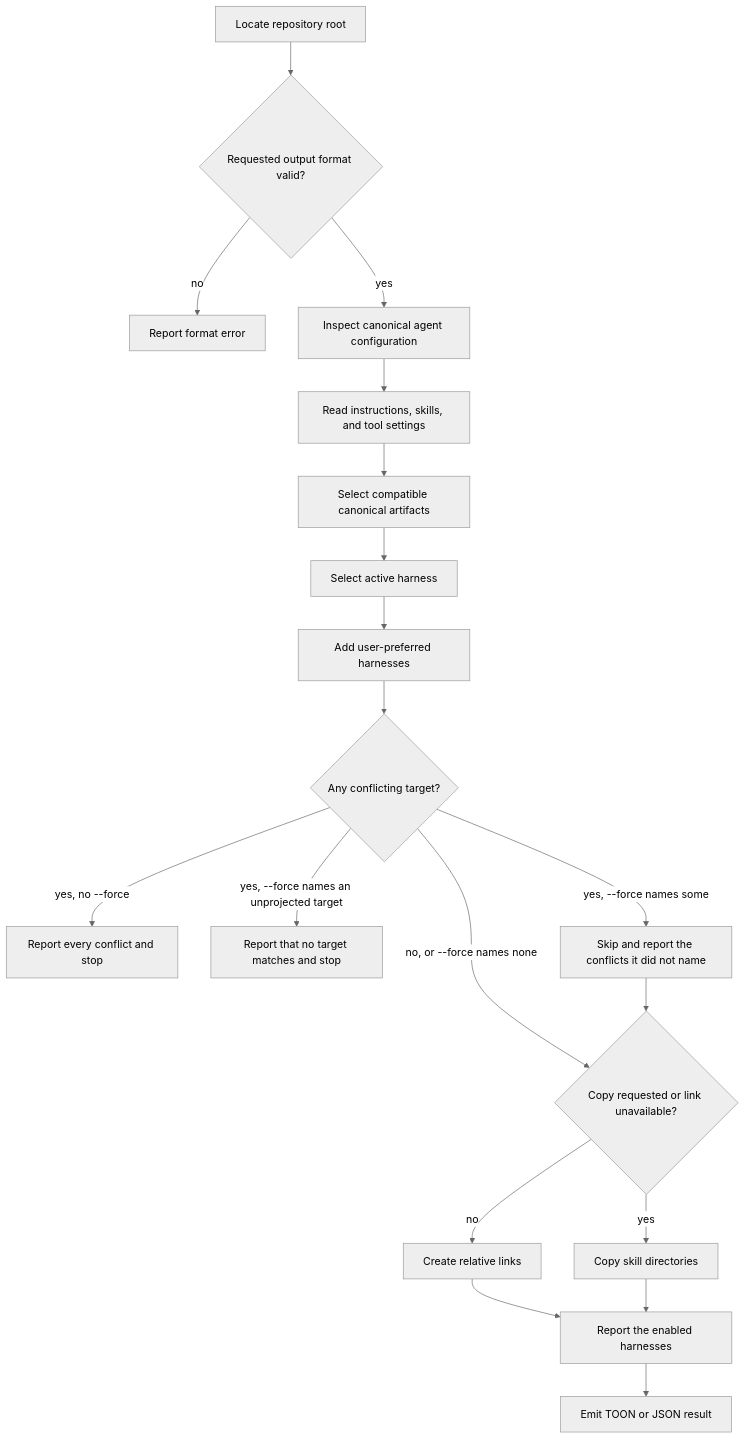
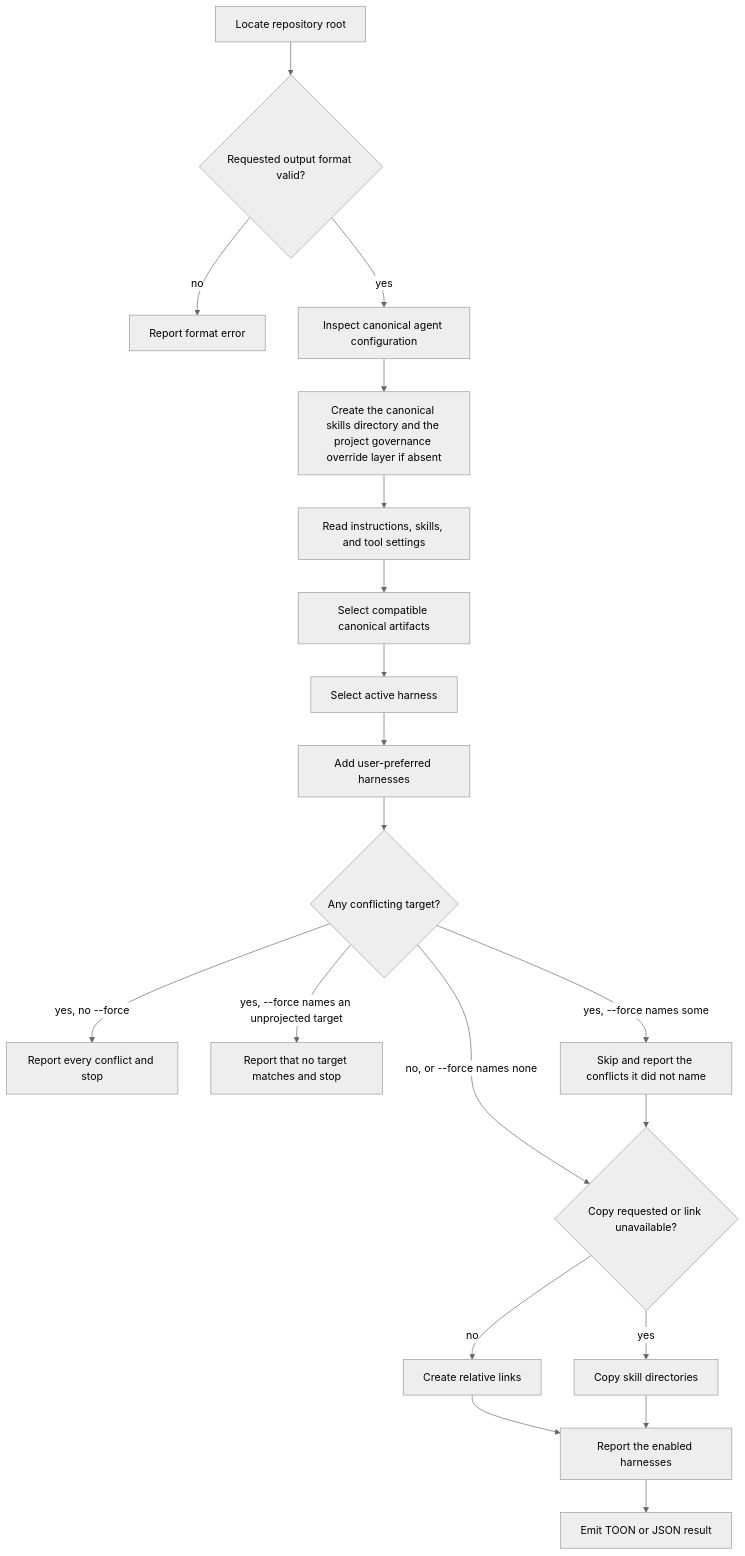
One commit to repobuddy/buddy-agent-harness changed the diagram in packages/buddy-agent-harness/.agents/spec/skills/harness-init/README.md. Above: the diagram before and after it, drawn with Mermaid (neutral theme). The commit also changed other lines of this file and 33 other files, not shown here.

First line of the commit message:
feat(governance): own the override layers and the governance command

````diff
--- a/packages/buddy-agent-harness/.agents/spec/skills/harness-init/README.md
+++ b/packages/buddy-agent-harness/.agents/spec/skills/harness-init/README.md
@@ -36,21 +37,22 @@
 ```mermaid
 flowchart TD
   A[Locate repository root] --> B{Requested output format valid?}
   B -->|no| C[Report format error]
   B -->|yes| D[Inspect canonical agent configuration]
-  D --> E[Read instructions, skills, and tool settings]
+  D --> D2[Create the canonical skills directory and the project governance override layer if absent]
+  D2 --> E[Read instructions, skills, and tool settings]
   E --> F[Select compatible canonical artifacts]
   F --> G[Select active harness]
   G --> H[Add user-preferred harnesses]
   H --> I{Any conflicting target?}
   I -->|yes, no --force| J[Report every conflict and stop]
   I -->|yes, --force names an unprojected target| P[Report that no target matches and stop]
   I -->|yes, --force names some| Q[Skip and report the conflicts it did not name]
   I -->|no, or --force names none| K{Copy requested or link unavailable?}
   Q --> K
   K -->|no| L[Create relative links]
   K -->|yes| M[Copy skill directories]
   L --> N[Report the enabled harnesses]
   M --> N
   N --> O[Emit TOON or JSON result]
 ```
````
